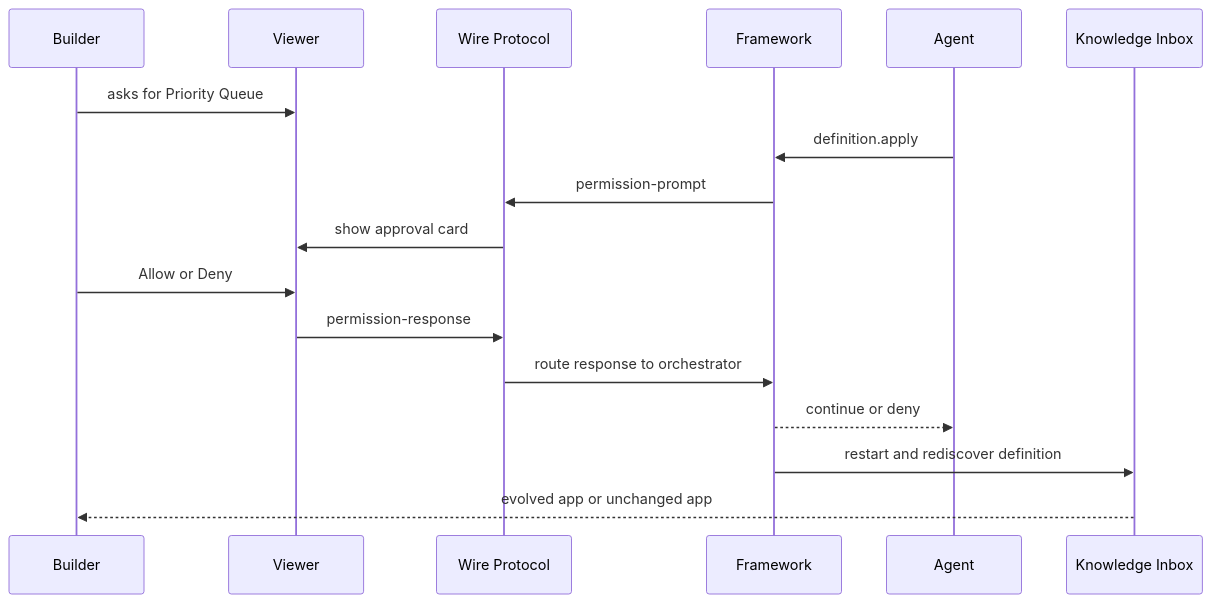
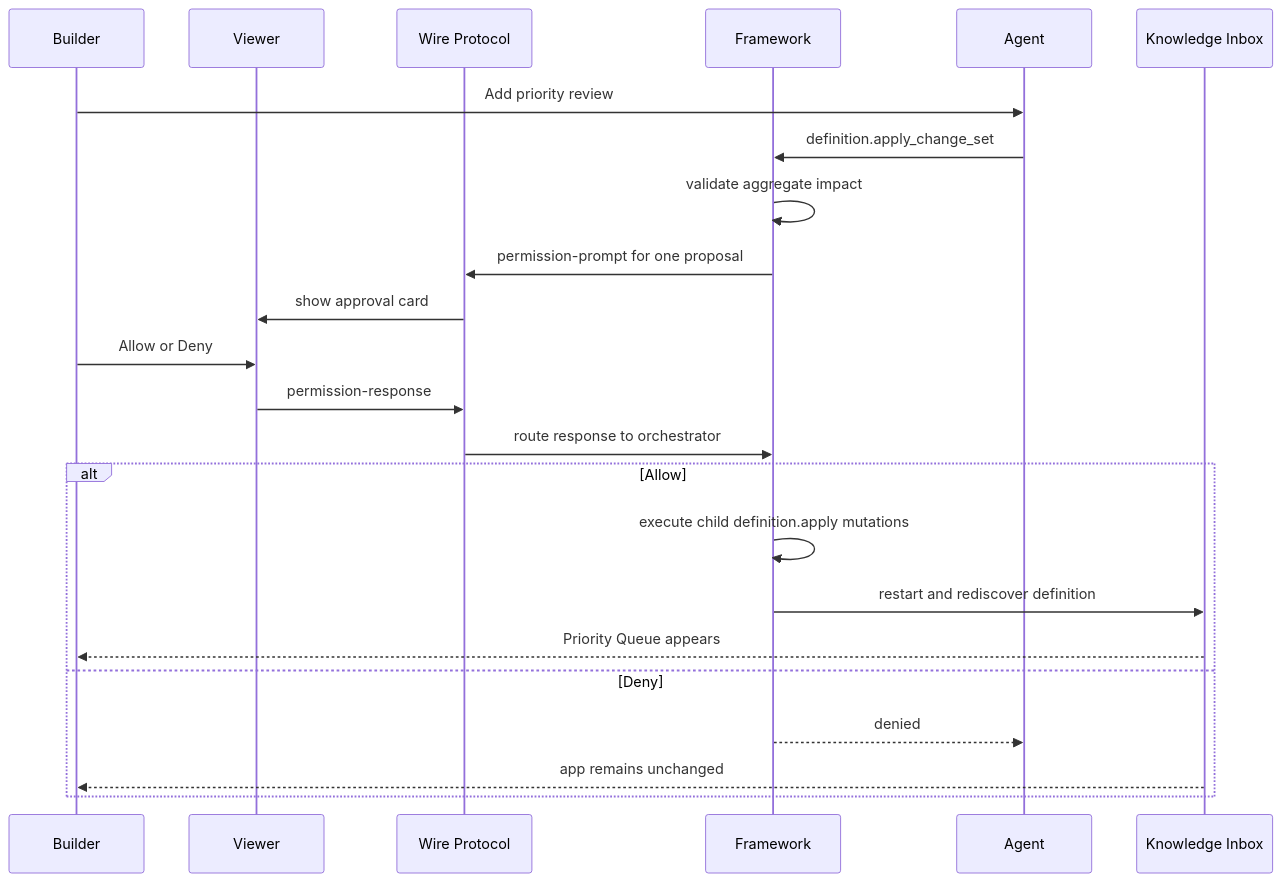
One commit to pandazki/pneuma-framework changed the diagram in docs/architecture/milestone-7-snapshot.md. Above: the diagram before and after it, drawn with Mermaid. The commit also changed other lines of this file and 17 other files, not shown here.

````diff
--- a/docs/architecture/milestone-7-snapshot.md
+++ b/docs/architecture/milestone-7-snapshot.md
@@ -25,20 +25,26 @@
 ```mermaid
 sequenceDiagram
     participant Builder
     participant Viewer
     participant Wire as Wire Protocol
     participant Framework
     participant Agent
     participant App as Knowledge Inbox
 
-    Builder->>Viewer: asks for Priority Queue
-    Agent->>Framework: definition.apply
-    Framework->>Wire: permission-prompt
+    Builder->>Agent: Add priority review
+    Agent->>Framework: definition.apply_change_set
+    Framework->>Framework: validate aggregate impact
+    Framework->>Wire: permission-prompt for one proposal
     Wire->>Viewer: show approval card
     Builder->>Viewer: Allow or Deny
     Viewer->>Wire: permission-response
     Wire->>Framework: route response to orchestrator
-    Framework-->>Agent: continue or deny
-    Framework->>App: restart and rediscover definition
-    App-->>Builder: evolved app or unchanged app
+    alt Allow
+        Framework->>Framework: execute child definition.apply mutations
+        Framework->>App: restart and rediscover definition
+        App-->>Builder: Priority Queue appears
+    else Deny
+        Framework-->>Agent: denied
+        App-->>Builder: app remains unchanged
+    end
 ```
````
